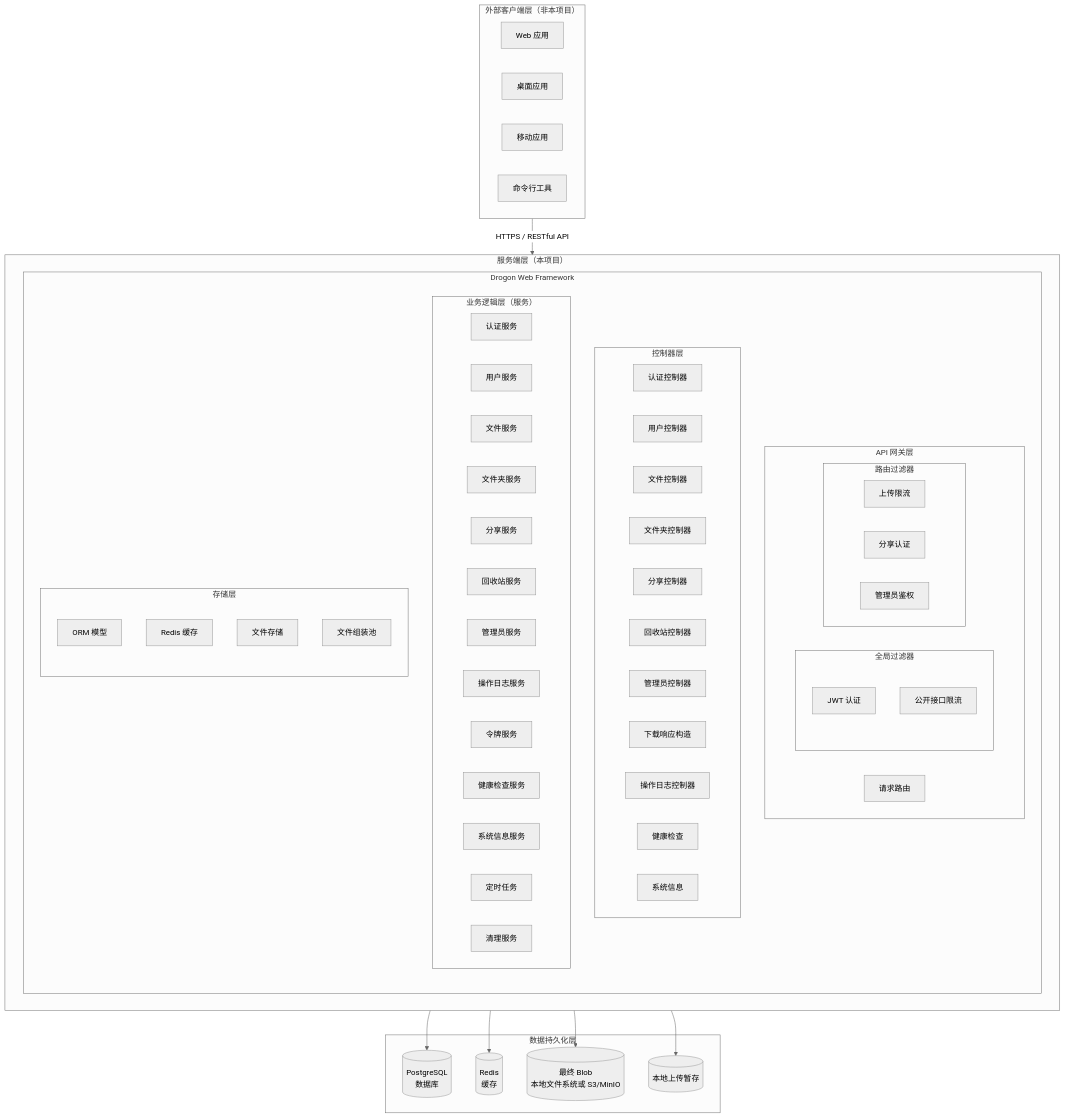
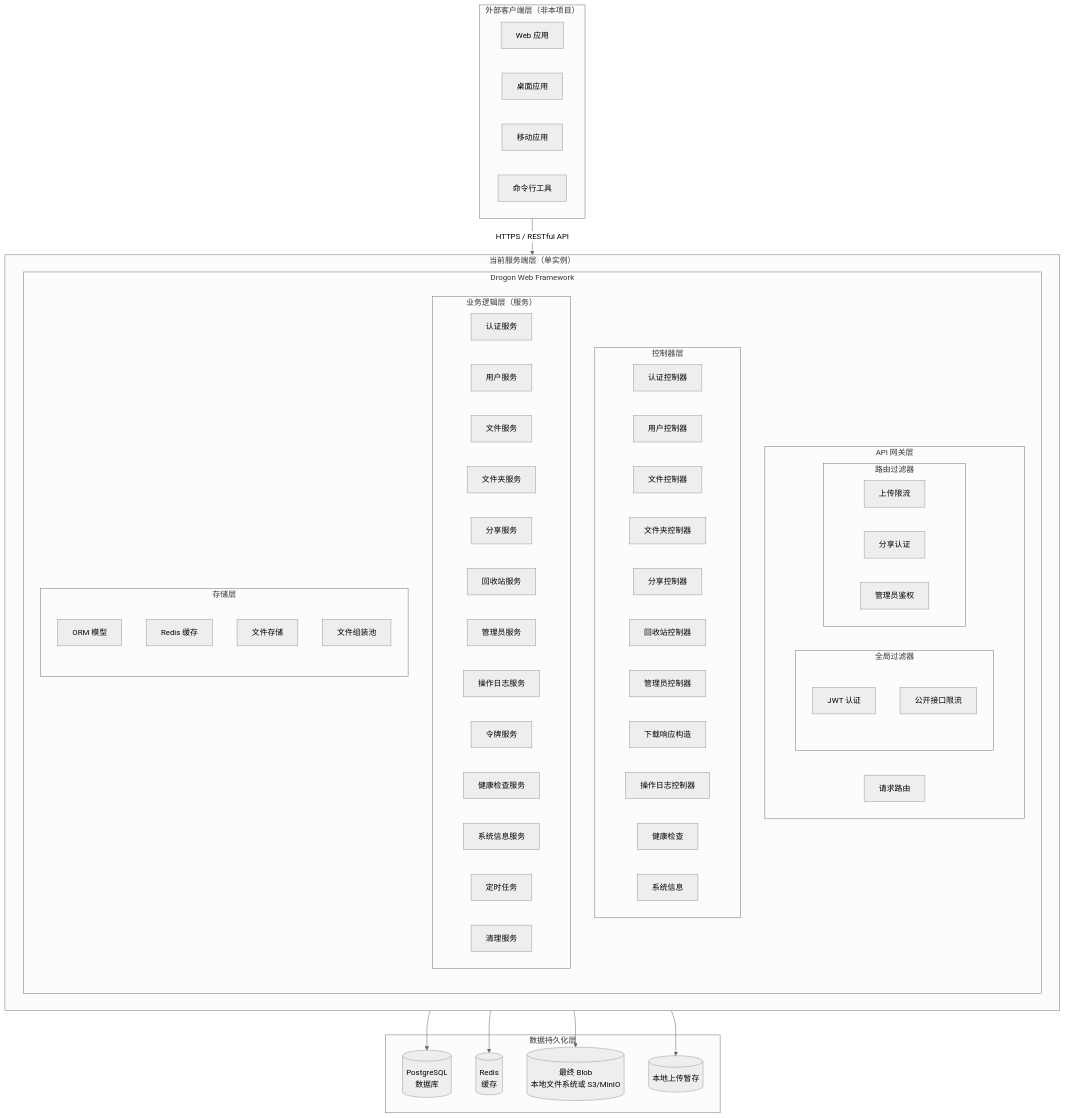
One commit to yizhinailong/disk changed the first of 6 diagrams in docs/design/00-系统概述.md. Above: the diagram before and after it, drawn with Mermaid (neutral theme). The commit also changed other lines of this file and 11 other files, not shown here.

````diff
--- a/docs/design/00-系统概述.md
+++ b/docs/design/00-系统概述.md
@@ -32,73 +32,73 @@
 ```mermaid
 flowchart TB
     subgraph Clients["外部客户端层（非本项目）"]
         WebApp["Web 应用"]
         Desktop["桌面应用"]
         Mobile["移动应用"]
         CLI["命令行工具"]
     end
 
-    subgraph Server["服务端层（本项目）"]
+    subgraph Server["当前服务端层（单实例）"]
         subgraph Drogon["Drogon Web Framework"]
             subgraph APIGateway["API 网关层"]
                 subgraph Filters["全局过滤器"]
                     JWT["JWT 认证"]
                     PublicRateLimit["公开接口限流"]
                 end
                 subgraph PerRouteFilters["路由过滤器"]
                     UploadRateLimit["上传限流"]
                     ShareAuth["分享认证"]
                     AdminAuth["管理员鉴权"]
                 end
                 Router["请求路由"]
             end
             subgraph Controllers["控制器层"]
                 AuthCtrl["认证控制器"]
                 UserCtrl["用户控制器"]
                 FileCtrl["文件控制器"]
                 FolderCtrl["文件夹控制器"]
                 ShareCtrl["分享控制器"]
                 TrashCtrl["回收站控制器"]
                 AdminCtrl["管理员控制器"]
                 DownloadResponder["下载响应构造"]
                 OperationLogController["操作日志控制器"]
                 HealthCtrl["健康检查"]
                 SysCtrl["系统信息"]
             end
             subgraph Business["业务逻辑层（服务）"]
                 AuthService["认证服务"]
                 UserService["用户服务"]
                 FileService["文件服务"]
                 FolderService["文件夹服务"]
                 ShareService["分享服务"]
                 TrashService["回收站服务"]
                 AdminService["管理员服务"]
                 OpLogService["操作日志服务"]
                 TokenService["令牌服务"]
                 HealthService["健康检查服务"]
                 SystemService["系统信息服务"]
                 ScheduledTasks["定时任务"]
                 CleanupService["清理服务"]
             end
             subgraph Storage["存储层"]
                 ORM["ORM 模型"]
                 RedisCache["Redis 缓存"]
                 FileStorage["文件存储"]
                 AssemblyPool["文件组装池"]
             end
         end
     end
 
     subgraph Data["数据持久化层"]
         PostgreSQL[("PostgreSQL<br/>数据库")]
         Redis[("Redis<br/>缓存")]
         BlobStorage[("最终 Blob<br/>本地文件系统或 S3/MinIO")]
         Staging[("本地上传暂存")]
     end
 
     Clients -->|"HTTPS / RESTful API"| Server
     Server --> PostgreSQL
     Server --> Redis
     Server --> BlobStorage
     Server --> Staging
 ```
````
